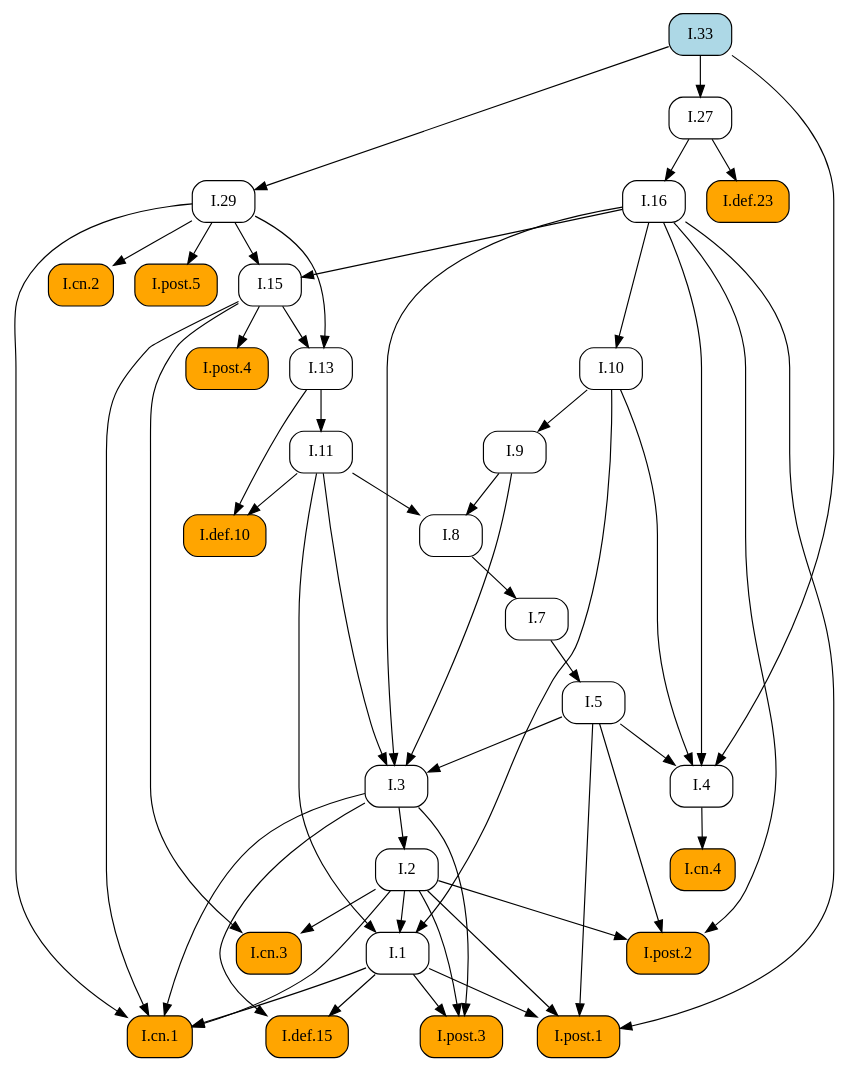
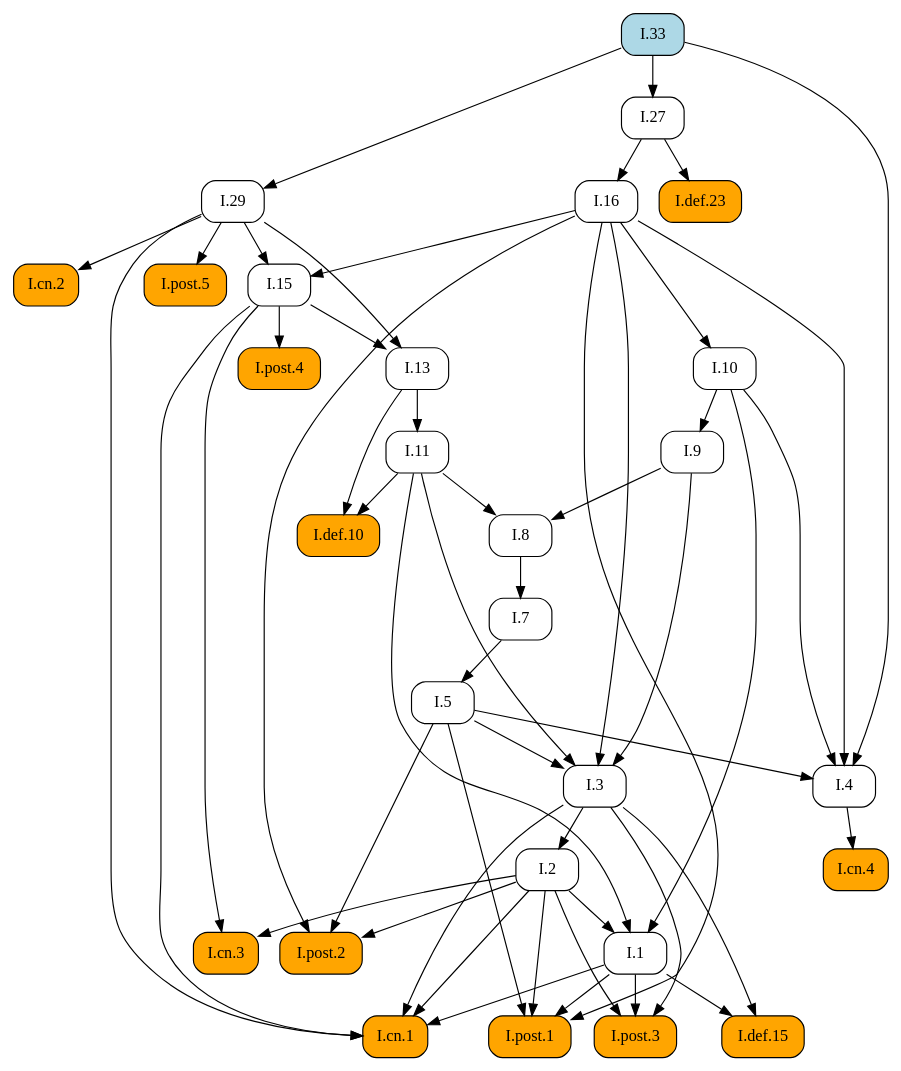
Before and after one commit to geometor/elements: the diagram in docsrc/heath/I/33/index.rst, drawn with Graphviz. The commit also changed other lines of this file and 1029 other files, not shown here.

```diff
--- a/docsrc/heath/I/33/index.rst
+++ b/docsrc/heath/I/33/index.rst
@@ -75,84 +75,84 @@
    digraph {
      rankdir="TB";
      node [shape=box, style=rounded];
+     "I.def.10" [style="rounded,filled", fillcolor=orange, URL="/heath/I/def.10/", target="_top"];
+     "I.11" [URL="/heath/I/11/", target="_top"];
+     "I.post.4" [style="rounded,filled", fillcolor=orange, URL="/heath/I/post.4/", target="_top"];
+     "I.1" [URL="/heath/I/1/", target="_top"];
+     "I.27" [URL="/heath/I/27/", target="_top"];
+     "I.7" [URL="/heath/I/7/", target="_top"];
+     "I.3" [URL="/heath/I/3/", target="_top"];
+     "I.2" [URL="/heath/I/2/", target="_top"];
+     "I.def.23" [style="rounded,filled", fillcolor=orange, URL="/heath/I/def.23/", target="_top"];
+     "I.4" [URL="/heath/I/4/", target="_top"];
+     "I.29" [URL="/heath/I/29/", target="_top"];
      "I.13" [URL="/heath/I/13/", target="_top"];
+     "I.33" [style="rounded,filled", fillcolor=lightblue, URL="/heath/I/33/", target="_top"];
+     "I.cn.2" [style="rounded,filled", fillcolor=orange, URL="/heath/I/cn.2/", target="_top"];
+     "I.post.2" [style="rounded,filled", fillcolor=orange, URL="/heath/I/post.2/", target="_top"];
+     "I.16" [URL="/heath/I/16/", target="_top"];
+     "I.def.15" [style="rounded,filled", fillcolor=orange, URL="/heath/I/def.15/", target="_top"];
+     "I.9" [URL="/heath/I/9/", target="_top"];
+     "I.post.3" [style="rounded,filled", fillcolor=orange, URL="/heath/I/post.3/", target="_top"];
+     "I.cn.1" [style="rounded,filled", fillcolor=orange, URL="/heath/I/cn.1/", target="_top"];
      "I.cn.3" [style="rounded,filled", fillcolor=orange, URL="/heath/I/cn.3/", target="_top"];
-     "I.cn.2" [style="rounded,filled", fillcolor=orange, URL="/heath/I/cn.2/", target="_top"];
-     "I.5" [URL="/heath/I/5/", target="_top"];
-     "I.11" [URL="/heath/I/11/", target="_top"];
-     "I.29" [URL="/heath/I/29/", target="_top"];
-     "I.7" [URL="/heath/I/7/", target="_top"];
-     "I.10" [URL="/heath/I/10/", target="_top"];
-     "I.4" [URL="/heath/I/4/", target="_top"];
-     "I.27" [URL="/heath/I/27/", target="_top"];
-     "I.def.23" [style="rounded,filled", fillcolor=orange, URL="/heath/I/def.23/", target="_top"];
-     "I.3" [URL="/heath/I/3/", target="_top"];
-     "I.16" [URL="/heath/I/16/", target="_top"];
      "I.8" [URL="/heath/I/8/", target="_top"];
-     "I.9" [URL="/heath/I/9/", target="_top"];
-     "I.def.10" [style="rounded,filled", fillcolor=orange, URL="/heath/I/def.10/", target="_top"];
-     "I.post.4" [style="rounded,filled", fillcolor=orange, URL="/heath/I/post.4/", target="_top"];
-     "I.post.2" [style="rounded,filled", fillcolor=orange, URL="/heath/I/post.2/", target="_top"];
-     "I.2" [URL="/heath/I/2/", target="_top"];
-     "I.def.15" [style="rounded,filled", fillcolor=orange, URL="/heath/I/def.15/", target="_top"];
-     "I.1" [URL="/heath/I/1/", target="_top"];
-     "I.post.3" [style="rounded,filled", fillcolor=orange, URL="/heath/I/post.3/", target="_top"];
-     "I.post.1" [style="rounded,filled", fillcolor=orange, URL="/heath/I/post.1/", target="_top"];
-     "I.post.5" [style="rounded,filled", fillcolor=orange, URL="/heath/I/post.5/", target="_top"];
      "I.cn.4" [style="rounded,filled", fillcolor=orange, URL="/heath/I/cn.4/", target="_top"];
      "I.15" [URL="/heath/I/15/", target="_top"];
-     "I.33" [style="rounded,filled", fillcolor=lightblue, URL="/heath/I/33/", target="_top"];
-     "I.cn.1" [style="rounded,filled", fillcolor=orange, URL="/heath/I/cn.1/", target="_top"];
-     "I.15" -> "I.13";
-     "I.29" -> "I.13";
-     "I.2" -> "I.cn.3";
-     "I.15" -> "I.cn.3";
-     "I.29" -> "I.cn.2";
-     "I.7" -> "I.5";
+     "I.post.5" [style="rounded,filled", fillcolor=orange, URL="/heath/I/post.5/", target="_top"];
+     "I.post.1" [style="rounded,filled", fillcolor=orange, URL="/heath/I/post.1/", target="_top"];
+     "I.10" [URL="/heath/I/10/", target="_top"];
+     "I.5" [URL="/heath/I/5/", target="_top"];
+     "I.11" -> "I.def.10";
+     "I.13" -> "I.def.10";
      "I.13" -> "I.11";
-     "I.33" -> "I.29";
+     "I.15" -> "I.post.4";
+     "I.2" -> "I.1";
+     "I.10" -> "I.1";
+     "I.11" -> "I.1";
+     "I.33" -> "I.27";
      "I.8" -> "I.7";
-     "I.16" -> "I.10";
+     "I.5" -> "I.3";
+     "I.9" -> "I.3";
+     "I.11" -> "I.3";
+     "I.16" -> "I.3";
+     "I.3" -> "I.2";
+     "I.27" -> "I.def.23";
      "I.5" -> "I.4";
      "I.10" -> "I.4";
      "I.16" -> "I.4";
      "I.33" -> "I.4";
-     "I.33" -> "I.27";
-     "I.27" -> "I.def.23";
-     "I.5" -> "I.3";
-     "I.9" -> "I.3";
-     "I.11" -> "I.3";
-     "I.16" -> "I.3";
-     "I.27" -> "I.16";
-     "I.9" -> "I.8";
-     "I.11" -> "I.8";
-     "I.10" -> "I.9";
-     "I.11" -> "I.def.10";
-     "I.13" -> "I.def.10";
-     "I.15" -> "I.post.4";
+     "I.33" -> "I.29";
+     "I.15" -> "I.13";
+     "I.29" -> "I.13";
+     "I.29" -> "I.cn.2";
      "I.2" -> "I.post.2";
      "I.5" -> "I.post.2";
      "I.16" -> "I.post.2";
-     "I.3" -> "I.2";
+     "I.27" -> "I.16";
      "I.1" -> "I.def.15";
      "I.3" -> "I.def.15";
-     "I.2" -> "I.1";
-     "I.10" -> "I.1";
-     "I.11" -> "I.1";
+     "I.10" -> "I.9";
      "I.1" -> "I.post.3";
      "I.2" -> "I.post.3";
      "I.3" -> "I.post.3";
-     "I.1" -> "I.post.1";
-     "I.2" -> "I.post.1";
-     "I.5" -> "I.post.1";
-     "I.16" -> "I.post.1";
-     "I.29" -> "I.post.5";
-     "I.4" -> "I.cn.4";
-     "I.16" -> "I.15";
-     "I.29" -> "I.15";
      "I.1" -> "I.cn.1";
      "I.2" -> "I.cn.1";
      "I.3" -> "I.cn.1";
      "I.15" -> "I.cn.1";
      "I.29" -> "I.cn.1";
+     "I.2" -> "I.cn.3";
+     "I.15" -> "I.cn.3";
+     "I.9" -> "I.8";
+     "I.11" -> "I.8";
+     "I.4" -> "I.cn.4";
+     "I.16" -> "I.15";
+     "I.29" -> "I.15";
+     "I.29" -> "I.post.5";
+     "I.1" -> "I.post.1";
+     "I.2" -> "I.post.1";
+     "I.5" -> "I.post.1";
+     "I.16" -> "I.post.1";
+     "I.16" -> "I.10";
+     "I.7" -> "I.5";
    }
```
